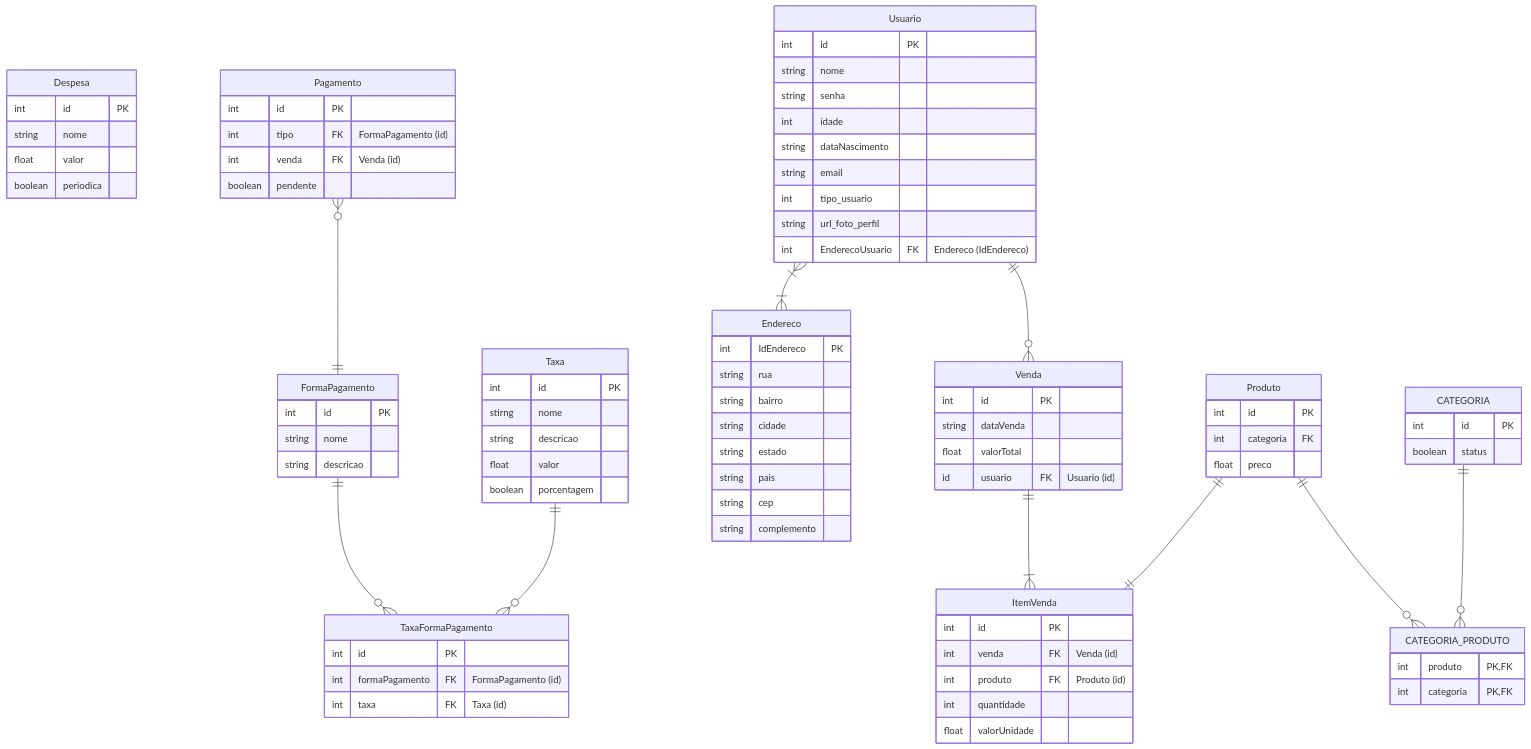
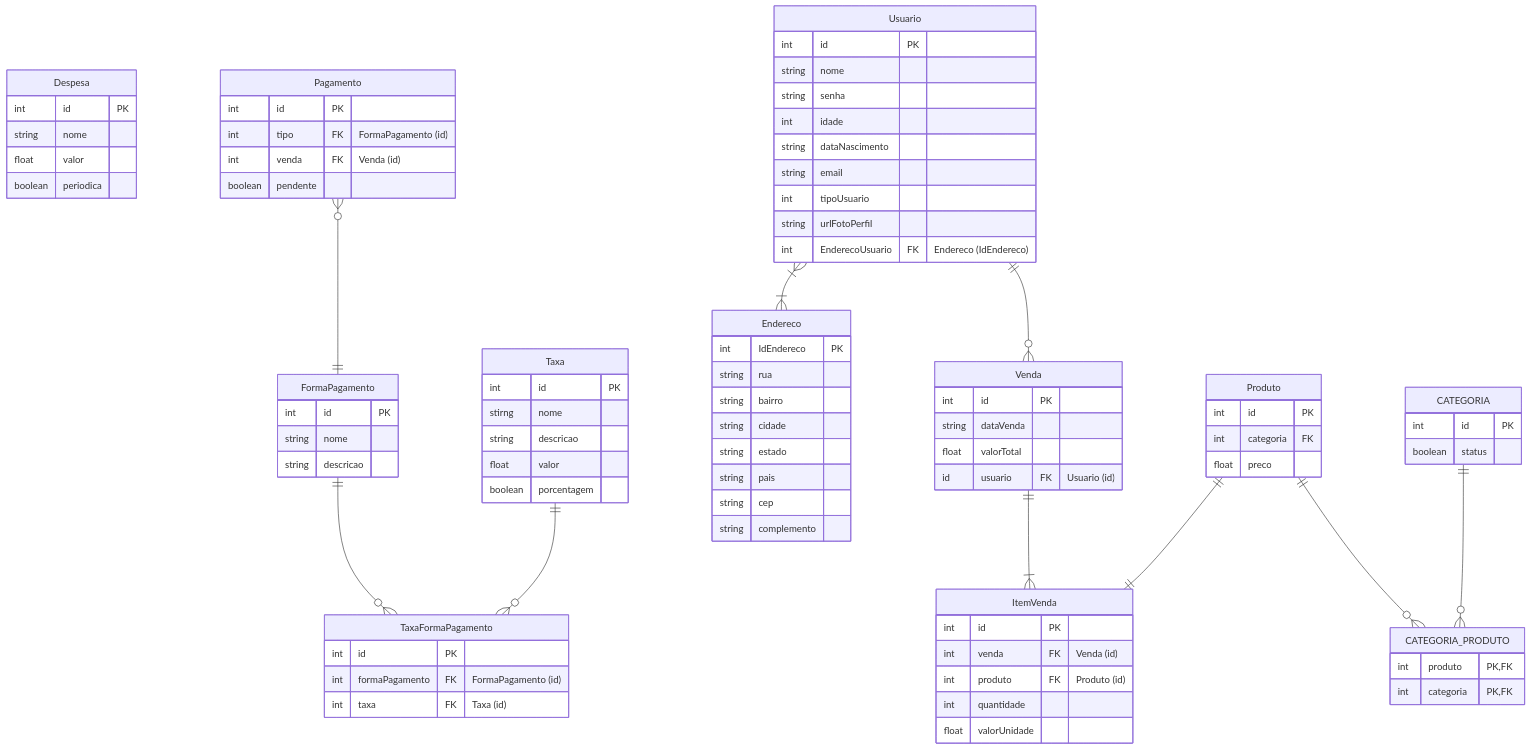
The diagram in docs/documento-de-modelos.md (Control-Cash/controlcash), drawn with Mermaid before and after one commit.

Commit message:
Corrigindo o do dos atributos - Tabela Usuario #30

```diff
--- a/docs/documento-de-modelos.md
+++ b/docs/documento-de-modelos.md
@@ -58,8 +58,8 @@
     int idade
     string dataNascimento
     string email
-    int tipo_usuario
-    string url_foto_perfil
+    int tipoUsuario
+    string urlFotoPerfil
     int EnderecoUsuario FK "Endereco (IdEndereco)"
   }
   
```
